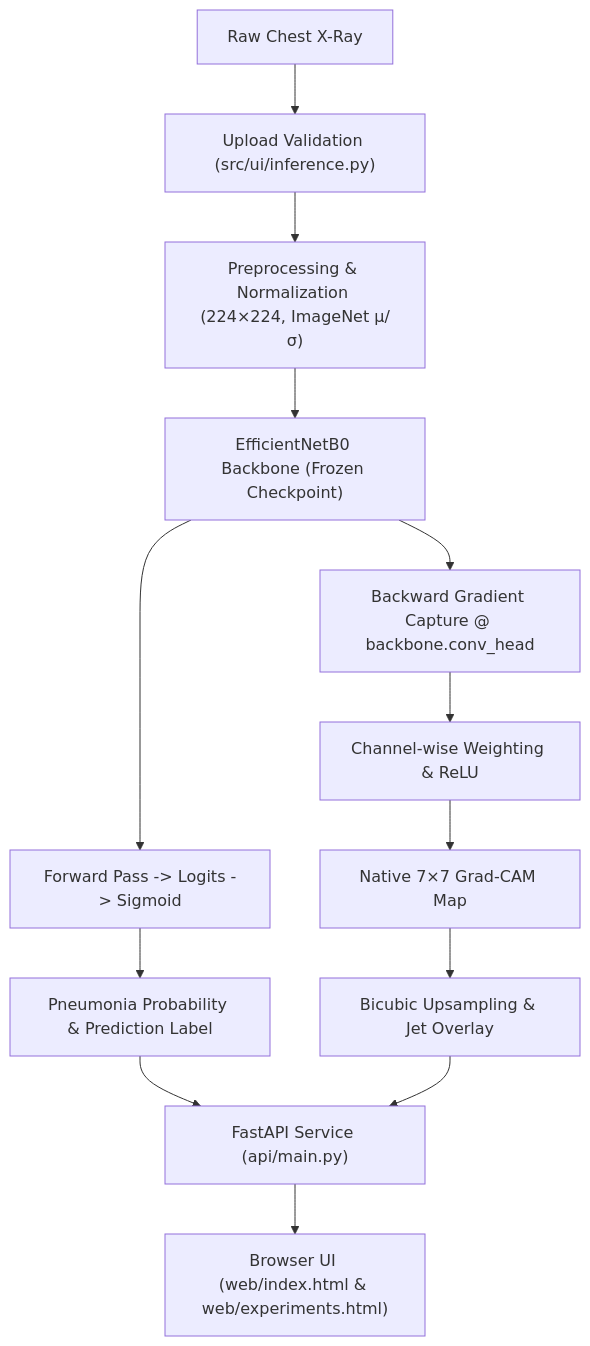
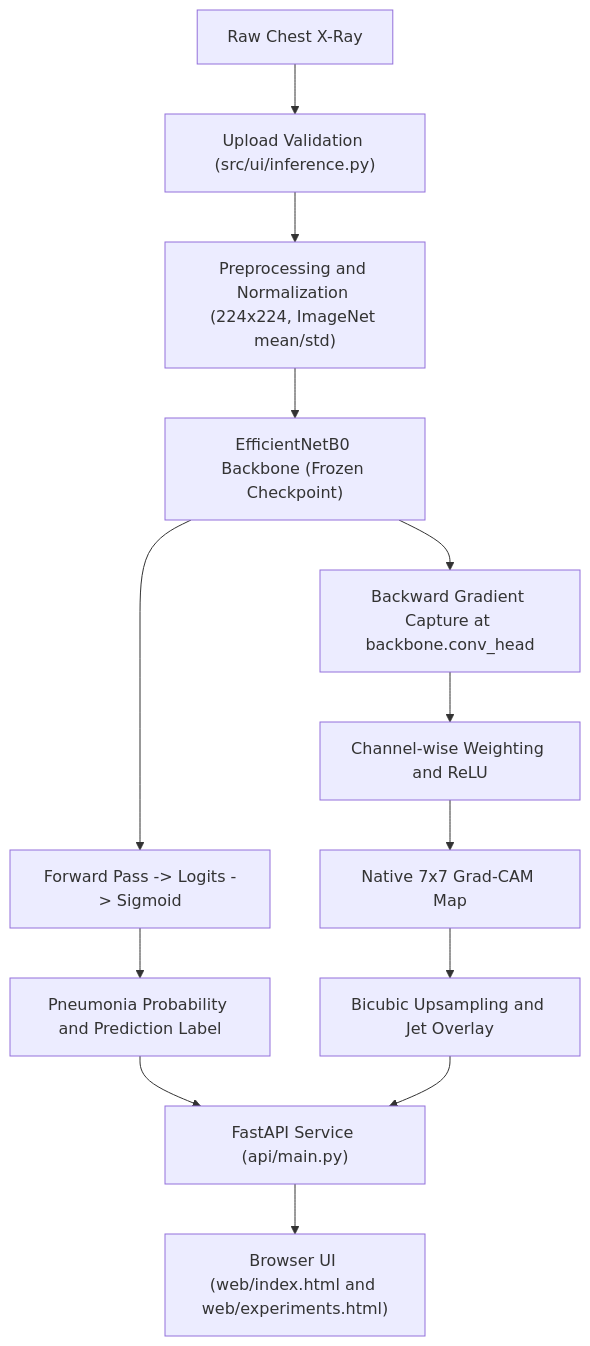
One commit to atharvashirke18/Pneumonia_Detection changed the diagram in project_summary.md. Above: the diagram before and after it, drawn with Mermaid. The commit also changed other lines of this file and 2 other files, not shown here.

````diff
--- a/project_summary.md
+++ b/project_summary.md
@@ -81,15 +81,15 @@
 ```mermaid
 flowchart TD
     A["Raw Chest X-Ray"] --> B["Upload Validation (src/ui/inference.py)"]
-    B --> C["Preprocessing & Normalization (224×224, ImageNet μ/σ)"]
+    B --> C["Preprocessing and Normalization (224x224, ImageNet mean/std)"]
     C --> D["EfficientNetB0 Backbone (Frozen Checkpoint)"]
     D --> E["Forward Pass -> Logits -> Sigmoid"]
-    E --> F["Pneumonia Probability & Prediction Label"]
-    D --> G["Backward Gradient Capture @ backbone.conv_head"]
-    G --> H["Channel-wise Weighting & ReLU"]
-    H --> I["Native 7×7 Grad-CAM Map"]
-    I --> J["Bicubic Upsampling & Jet Overlay"]
+    E --> F["Pneumonia Probability and Prediction Label"]
+    D --> G["Backward Gradient Capture at backbone.conv_head"]
+    G --> H["Channel-wise Weighting and ReLU"]
+    H --> I["Native 7x7 Grad-CAM Map"]
+    I --> J["Bicubic Upsampling and Jet Overlay"]
     F --> K["FastAPI Service (api/main.py)"]
     J --> K
-    K --> L["Browser UI (web/index.html & web/experiments.html)"]
+    K --> L["Browser UI (web/index.html and web/experiments.html)"]
 ```
````
